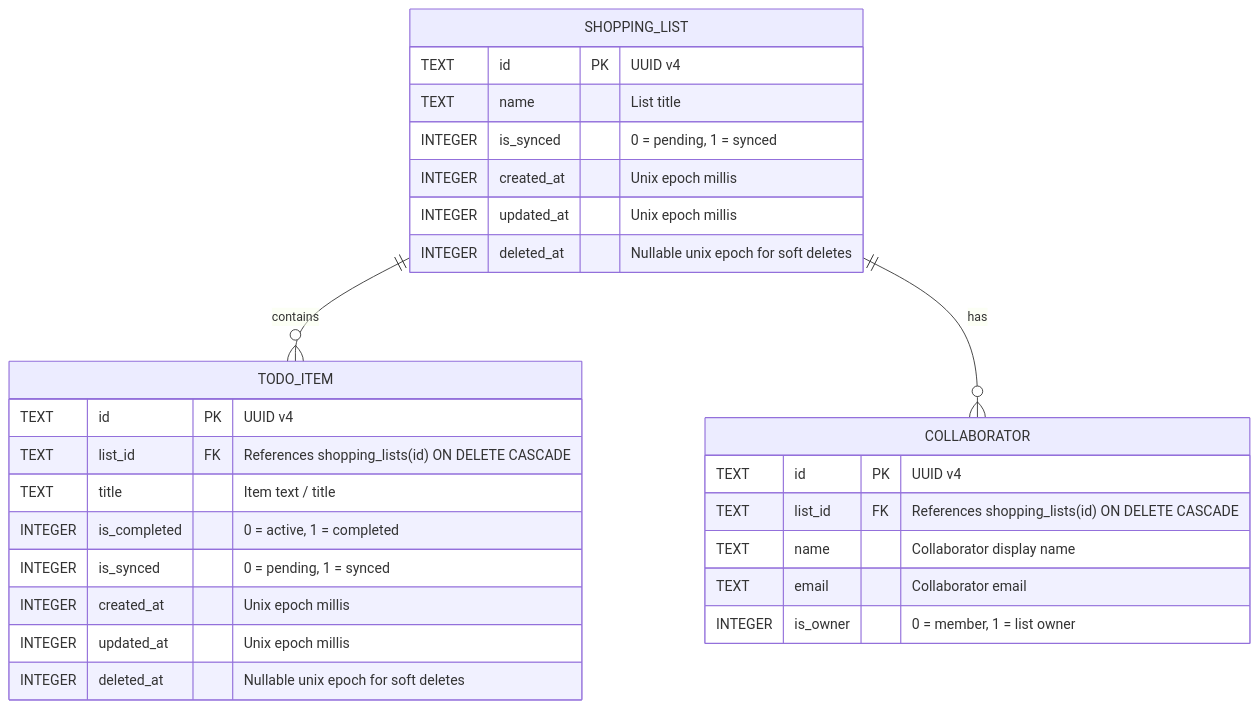
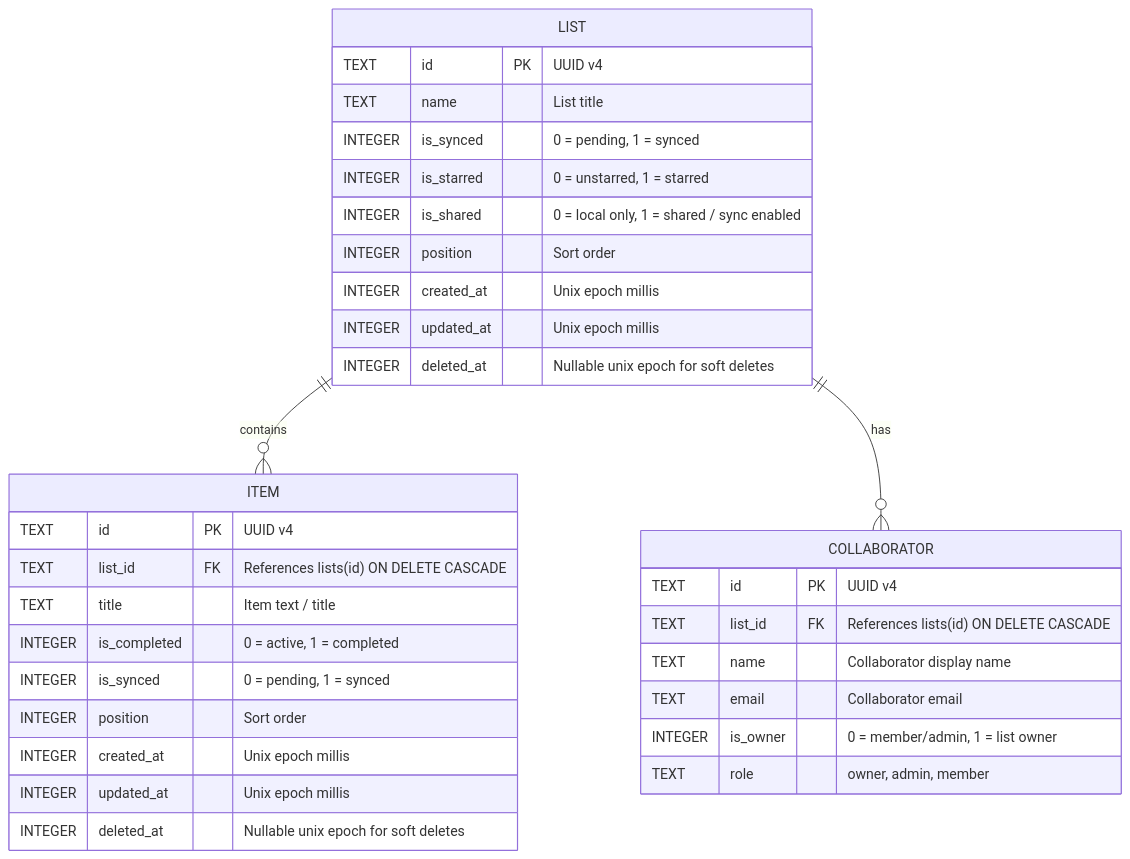
One commit to listix-app/listix-mobile-app changed the diagram in docs/database.md. Above: the diagram before and after it, drawn with Mermaid. The commit also changed other lines of this file and 53 other files, not shown here.

````diff
--- a/docs/database.md
+++ b/docs/database.md
@@ -18,33 +18,38 @@
 ```mermaid
 erDiagram
-    SHOPPING_LIST ||--o{ TODO_ITEM : "contains"
-    SHOPPING_LIST ||--o{ COLLABORATOR : "has"
+    LIST ||--o{ ITEM : "contains"
+    LIST ||--o{ COLLABORATOR : "has"
 
-    SHOPPING_LIST {
+    LIST {
         TEXT id PK "UUID v4"
         TEXT name "List title"
         INTEGER is_synced "0 = pending, 1 = synced"
+        INTEGER is_starred "0 = unstarred, 1 = starred"
+        INTEGER is_shared "0 = local only, 1 = shared / sync enabled"
+        INTEGER position "Sort order"
         INTEGER created_at "Unix epoch millis"
         INTEGER updated_at "Unix epoch millis"
         INTEGER deleted_at "Nullable unix epoch for soft deletes"
     }
 
-    TODO_ITEM {
+    ITEM {
         TEXT id PK "UUID v4"
-        TEXT list_id FK "References shopping_lists(id) ON DELETE CASCADE"
+        TEXT list_id FK "References lists(id) ON DELETE CASCADE"
         TEXT title "Item text / title"
         INTEGER is_completed "0 = active, 1 = completed"
         INTEGER is_synced "0 = pending, 1 = synced"
+        INTEGER position "Sort order"
         INTEGER created_at "Unix epoch millis"
         INTEGER updated_at "Unix epoch millis"
         INTEGER deleted_at "Nullable unix epoch for soft deletes"
     }
 
     COLLABORATOR {
         TEXT id PK "UUID v4"
-        TEXT list_id FK "References shopping_lists(id) ON DELETE CASCADE"
+        TEXT list_id FK "References lists(id) ON DELETE CASCADE"
         TEXT name "Collaborator display name"
         TEXT email "Collaborator email"
-        INTEGER is_owner "0 = member, 1 = list owner"
+        INTEGER is_owner "0 = member/admin, 1 = list owner"
+        TEXT role "owner, admin, member"
     }
 ```
````
